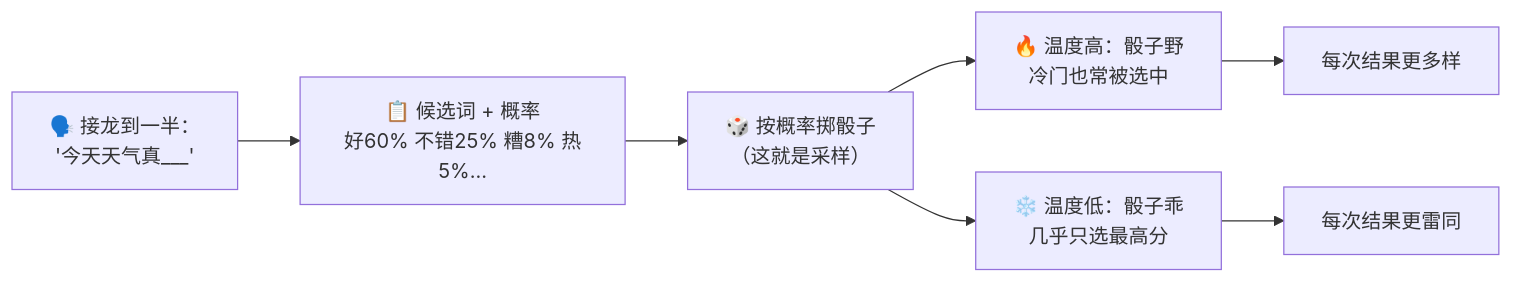
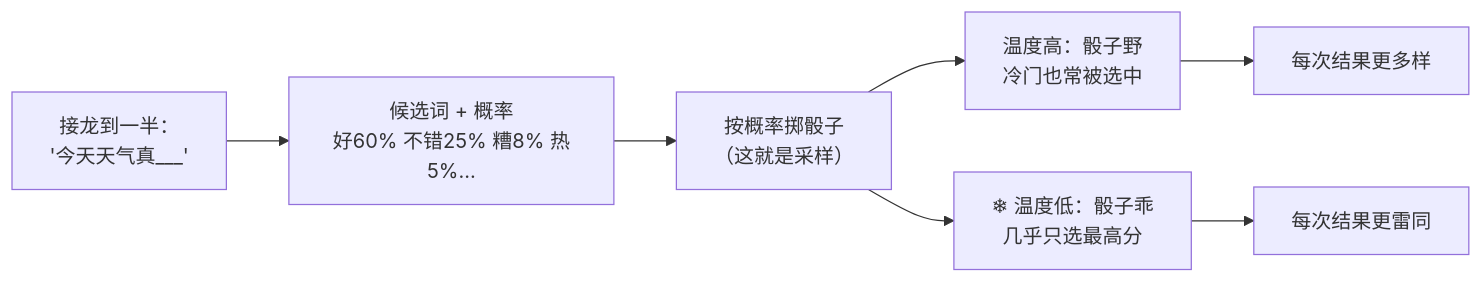
One commit to luckykhy/KhyAiHub changed the first of 5 diagrams in docs/02_CONCEPTS_概念入门/CONCEPT/[CONCEPT-28] 什么是采样与温度-Sampling.md. Above: the diagram before and after it, drawn with Mermaid. The commit also changed other lines of this file and 19 other files, not shown here.

````diff
--- a/docs/02_CONCEPTS_概念入门/CONCEPT/[CONCEPT-28] 什么是采样与温度-Sampling.md
+++ b/docs/02_CONCEPTS_概念入门/CONCEPT/[CONCEPT-28] 什么是采样与温度-Sampling.md
@@ -41,9 +41,9 @@
 ```mermaid
 flowchart LR
-  IN["🗣️ 接龙到一半：<br/>'今天天气真___'"] --> LIST["📋 候选词 + 概率<br/>好60% 不错25% 糟8% 热5%…"]
-  LIST --> DICE["🎲 按概率掷骰子<br/>（这就是采样）"]
-  DICE --> HOT["🔥 温度高：骰子野<br/>冷门也常被选中"]
-  DICE --> COLD["❄️ 温度低：骰子乖<br/>几乎只选最高分"]
+  IN["接龙到一半：<br/>'今天天气真___'"] --> LIST["候选词 + 概率<br/>好60% 不错25% 糟8% 热5%…"]
+  LIST --> DICE["按概率掷骰子<br/>（这就是采样）"]
+  DICE --> HOT["温度高：骰子野<br/>冷门也常被选中"]
+  DICE --> COLD["❄ 温度低：骰子乖<br/>几乎只选最高分"]
   HOT --> OUT["每次结果更多样"]
   COLD --> OUT2["每次结果更雷同"]
 ```
````
